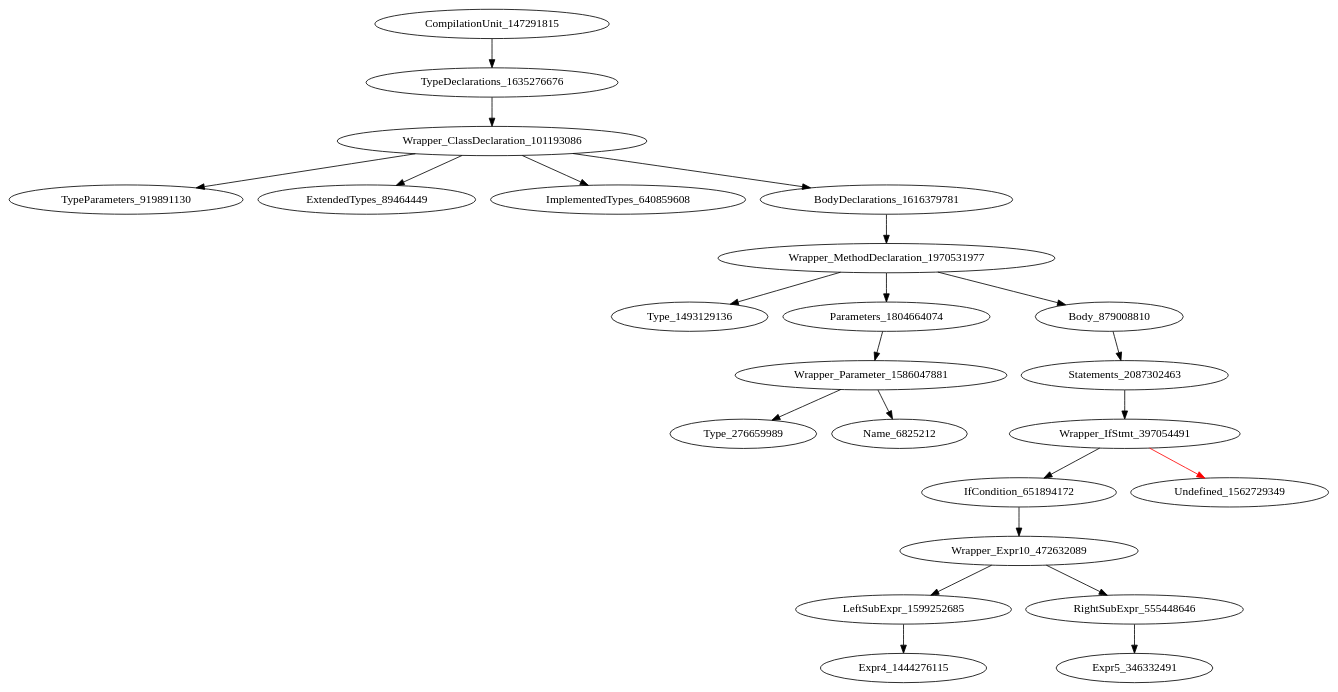
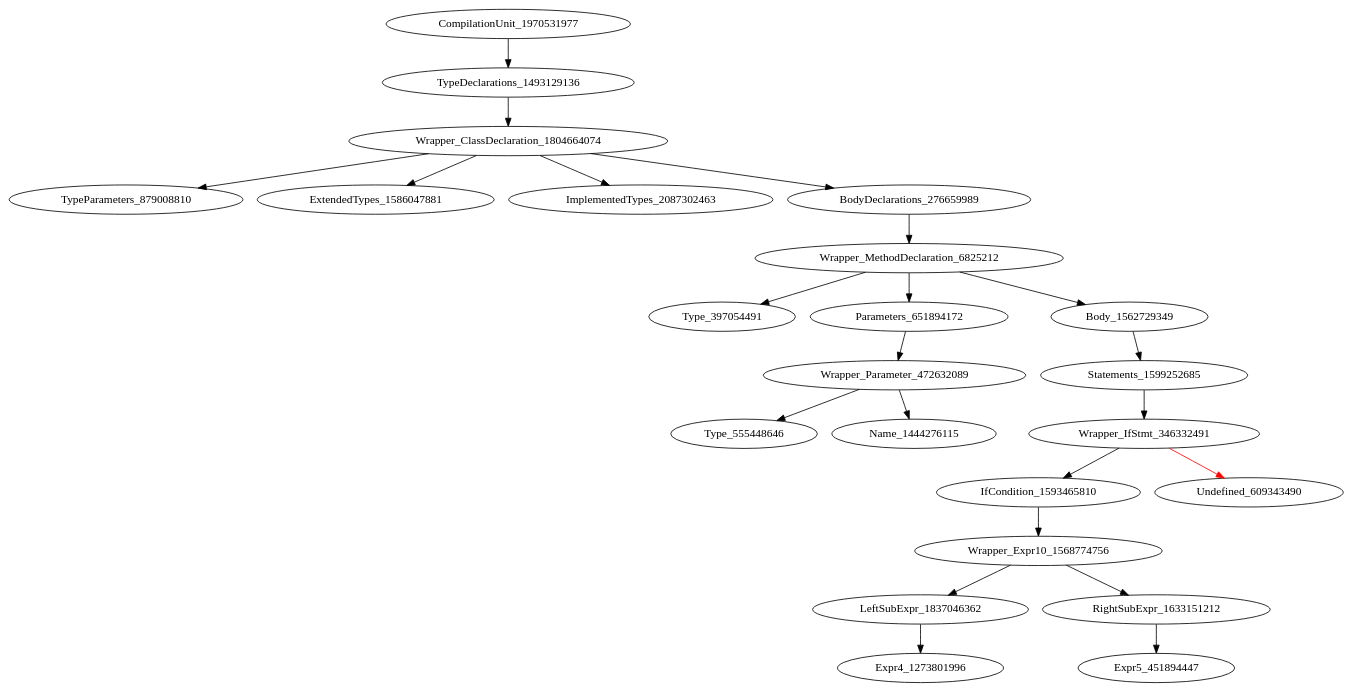
One commit to icse2023material/VoiceJava changed the diagram in holeAST.dot. Above: the diagram before and after it, drawn with Graphviz. The commit also changed 5 other files, not shown here.

```diff
--- a/holeAST.dot
+++ b/holeAST.dot
@@ -1,24 +1,24 @@
 digraph {
-CompilationUnit_147291815 -> TypeDeclarations_1635276676
-TypeDeclarations_1635276676 -> Wrapper_ClassDeclaration_101193086
-Wrapper_ClassDeclaration_101193086 -> TypeParameters_919891130
-Wrapper_ClassDeclaration_101193086 -> ExtendedTypes_89464449
-Wrapper_ClassDeclaration_101193086 -> ImplementedTypes_640859608
-Wrapper_ClassDeclaration_101193086 -> BodyDeclarations_1616379781
-BodyDeclarations_1616379781 -> Wrapper_MethodDeclaration_1970531977
-Wrapper_MethodDeclaration_1970531977 -> Type_1493129136
-Wrapper_MethodDeclaration_1970531977 -> Parameters_1804664074
-Wrapper_MethodDeclaration_1970531977 -> Body_879008810
-Parameters_1804664074 -> Wrapper_Parameter_1586047881
-Body_879008810 -> Statements_2087302463
-Wrapper_Parameter_1586047881 -> Type_276659989
-Wrapper_Parameter_1586047881 -> Name_6825212
-Statements_2087302463 -> Wrapper_IfStmt_397054491
-Wrapper_IfStmt_397054491 -> IfCondition_651894172
-Wrapper_IfStmt_397054491 -> Undefined_1562729349 [color = red] 
-IfCondition_651894172 -> Wrapper_Expr10_472632089
-Wrapper_Expr10_472632089 -> LeftSubExpr_1599252685
-Wrapper_Expr10_472632089 -> RightSubExpr_555448646
-LeftSubExpr_1599252685 -> Expr4_1444276115
-RightSubExpr_555448646 -> Expr5_346332491
+CompilationUnit_1970531977 -> TypeDeclarations_1493129136
+TypeDeclarations_1493129136 -> Wrapper_ClassDeclaration_1804664074
+Wrapper_ClassDeclaration_1804664074 -> TypeParameters_879008810
+Wrapper_ClassDeclaration_1804664074 -> ExtendedTypes_1586047881
+Wrapper_ClassDeclaration_1804664074 -> ImplementedTypes_2087302463
+Wrapper_ClassDeclaration_1804664074 -> BodyDeclarations_276659989
+BodyDeclarations_276659989 -> Wrapper_MethodDeclaration_6825212
+Wrapper_MethodDeclaration_6825212 -> Type_397054491
+Wrapper_MethodDeclaration_6825212 -> Parameters_651894172
+Wrapper_MethodDeclaration_6825212 -> Body_1562729349
+Parameters_651894172 -> Wrapper_Parameter_472632089
+Body_1562729349 -> Statements_1599252685
+Wrapper_Parameter_472632089 -> Type_555448646
+Wrapper_Parameter_472632089 -> Name_1444276115
+Statements_1599252685 -> Wrapper_IfStmt_346332491
+Wrapper_IfStmt_346332491 -> IfCondition_1593465810
+Wrapper_IfStmt_346332491 -> Undefined_609343490 [color = red] 
+IfCondition_1593465810 -> Wrapper_Expr10_1568774756
+Wrapper_Expr10_1568774756 -> LeftSubExpr_1837046362
+Wrapper_Expr10_1568774756 -> RightSubExpr_1633151212
+LeftSubExpr_1837046362 -> Expr4_1273801996
+RightSubExpr_1633151212 -> Expr5_451894447
 }
```
